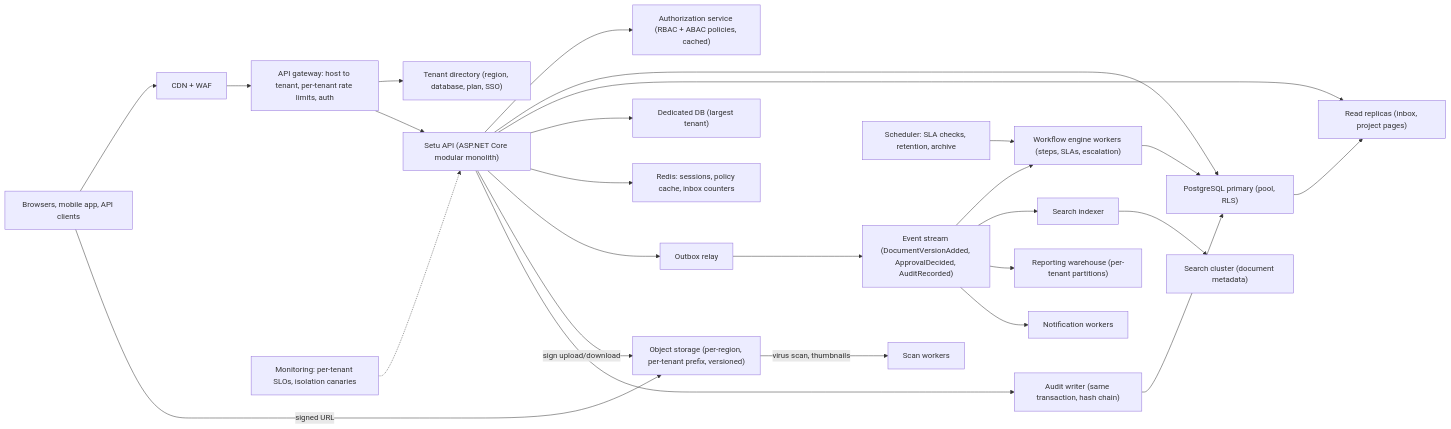
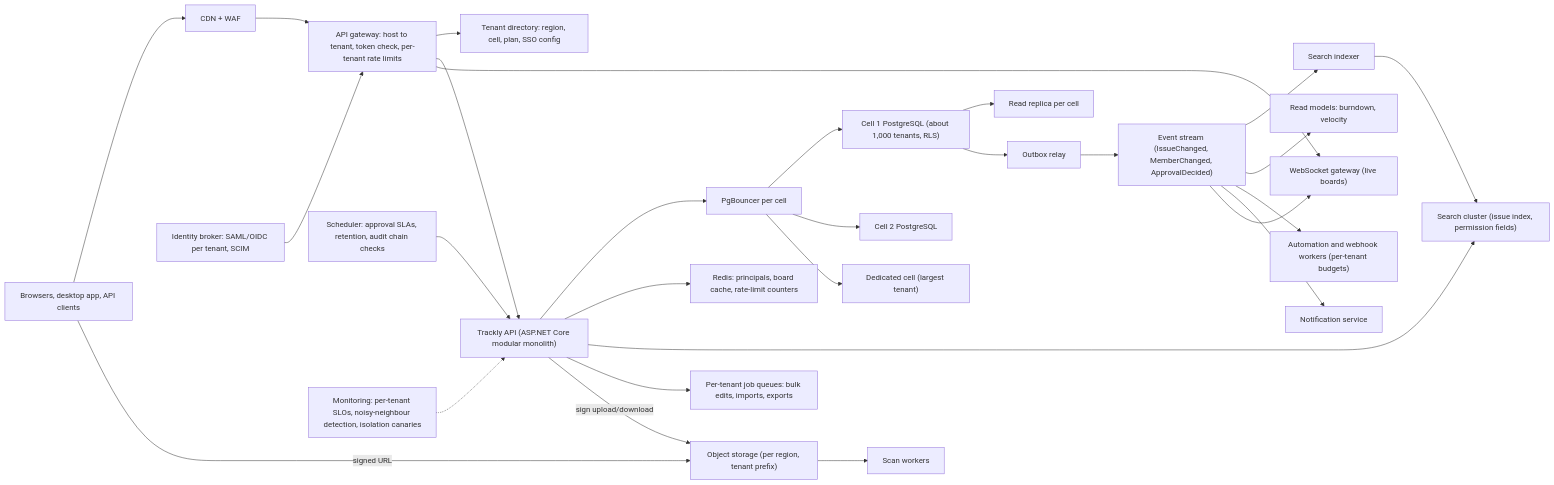
One commit to rizwi0786/system-design-lab changed the first of 3 diagrams in content/lessons/m17/m17-multi-tenant-pm.md. Above: the diagram before and after it, drawn with Mermaid. The commit also changed other lines of this file and 334 other files, not shown here.

````diff
--- a/content/lessons/m17/m17-multi-tenant-pm.md
+++ b/content/lessons/m17/m17-multi-tenant-pm.md
@@ -276,28 +343,30 @@
 ```mermaid
 flowchart LR
-    U["Browsers, mobile app, API clients"] --> CDN["CDN + WAF"]
-    CDN --> GW["API gateway: host to tenant, per-tenant rate limits, auth"]
-    GW --> DIR["Tenant directory (region, database, plan, SSO)"]
-    GW --> API["Setu API (ASP.NET Core modular monolith)"]
-    API --> AUTHZ["Authorization service (RBAC + ABAC policies, cached)"]
-    API --> PG["PostgreSQL primary (pool, RLS)"]
-    PG --> RR["Read replicas (inbox, project pages)"]
-    API --> RR
-    API --> DED["Dedicated DB (largest tenant)"]
-    API --> REDIS["Redis: sessions, policy cache, inbox counters"]
-    API --> OBX["Outbox relay"]
-    OBX --> BUS["Event stream (DocumentVersionAdded, ApprovalDecided, AuditRecorded)"]
-    BUS --> WF["Workflow engine workers (steps, SLAs, escalation)"]
+    U["Browsers, desktop app, API clients"] --> CDN["CDN + WAF"]
+    CDN --> GW["API gateway: host to tenant, token check, per-tenant rate limits"]
+    GW --> DIR["Tenant directory: region, cell, plan, SSO config"]
+    GW --> API["Trackly API (ASP.NET Core modular monolith)"]
+    GW --> WS["WebSocket gateway (live boards)"]
+    IDB["Identity broker: SAML/OIDC per tenant, SCIM"] --> GW
+    API --> PGB["PgBouncer per cell"]
+    PGB --> PG1["Cell 1 PostgreSQL (about 1,000 tenants, RLS)"]
+    PGB --> PG2["Cell 2 PostgreSQL"]
+    PGB --> DED["Dedicated cell (largest tenant)"]
+    PG1 --> RR["Read replica per cell"]
+    API --> REDIS["Redis: principals, board cache, rate-limit counters"]
+    API --> SRCH["Search cluster (issue index, permission fields)"]
+    PG1 --> OBX["Outbox relay"]
+    OBX --> BUS["Event stream (IssueChanged, MemberChanged, ApprovalDecided)"]
     BUS --> IDX["Search indexer"]
-    BUS --> WH["Reporting warehouse (per-tenant partitions)"]
-    BUS --> NOTIF["Notification workers"]
-    WF --> PG
-    IDX --> SRCH["Search cluster (document metadata)"]
-    U -- "signed URL" --> OBJ["Object storage (per-region, per-tenant prefix, versioned)"]
+    BUS --> RM["Read models: burndown, velocity"]
+    BUS --> AUTO["Automation and webhook workers (per-tenant budgets)"]
+    BUS --> NOTIF["Notification service"]
+    BUS --> WS
+    IDX --> SRCH
+    API --> JOBS["Per-tenant job queues: bulk edits, imports, exports"]
+    U -- "signed URL" --> OBJ["Object storage (per region, tenant prefix)"]
     API -- "sign upload/download" --> OBJ
-    OBJ -- "virus scan, thumbnails" --> SCAN["Scan workers"]
-    API --> AUD["Audit writer (same transaction, hash chain)"]
-    AUD --> PG
-    SCHED["Scheduler: SLA checks, retention, archive"] --> WF
-    MON["Monitoring: per-tenant SLOs, isolation canaries"] -.-> API
+    OBJ --> SCAN["Scan workers"]
+    SCHED["Scheduler: approval SLAs, retention, audit chain checks"] --> API
+    MON["Monitoring: per-tenant SLOs, noisy-neighbour detection, isolation canaries"] -.-> API
 ```
````
